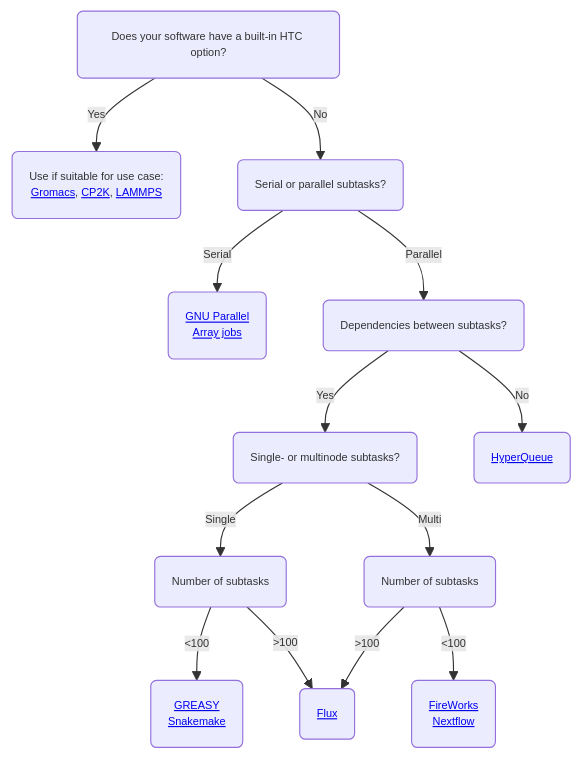
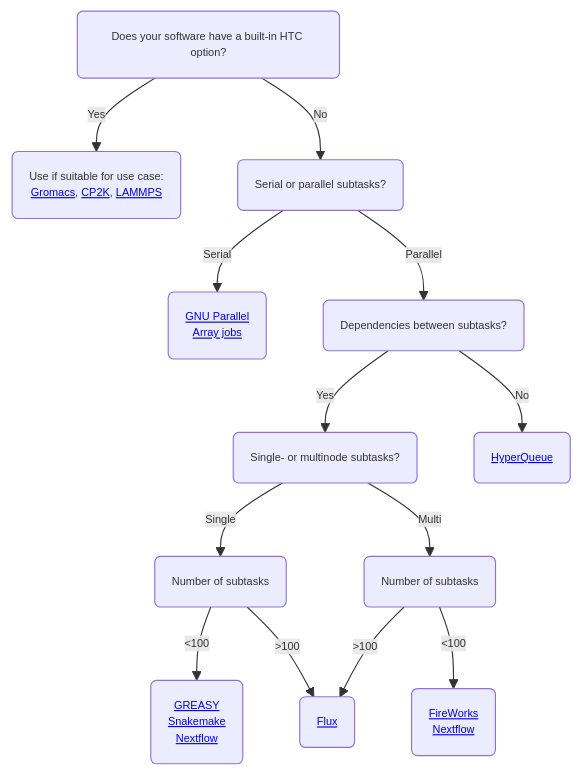
One commit to CSCfi/csc-user-guide changed the first of 2 diagrams in docs/computing/running/throughput.md. Above: the diagram before and after it, drawn with Mermaid.

Commit message:
add nextflow to singlenode too

````diff
--- a/docs/computing/running/throughput.md
+++ b/docs/computing/running/throughput.md
@@ -22,16 +22,16 @@
 ```mermaid
 %%{init: {'theme': 'default', 'themeVariables': { 'fontSize': '0.6rem', 'fontFamily': 'Raleway'}}}%%
 graph TD
     C(Does your software have a built-in HTC option?) -->|Yes| D("Use if suitable for use case:<br><a href='/apps/gromacs/#high-throughput-computing-with-gromacs'>Gromacs</a>, <a href='/apps/cp2k/#high-throughput-computing-with-gromacs'>CP2K</a>, <a href='/apps/lammps/#high-throughput-computing-with-gromacs'>LAMMPS</a>")
     C -->|No| E(Serial or parallel subtasks?)
     E -->|Serial| F(<a href='/support/tutorials/many/'>GNU Parallel</a><br><a href='/computing/running/array-jobs/'>Array jobs</a>)
     E -->|Parallel| G(Dependencies between subtasks?)
     G -->|Yes| H(Single- or multinode subtasks?)
     G -->|No| I(<a href='https://it4innovations.github.io/hyperqueue/stable/'>HyperQueue</a>)
     H -->|Single| J(Number of subtasks)
     H -->|Multi| K(Number of subtasks)
-    J -->|<100| M(<a href='/computing/running/greasy/'>GREASY</a><br><a href='https://snakemake.readthedocs.io/en/stable/'>Snakemake</a>)
+    J -->|<100| M(<a href='/computing/running/greasy/'>GREASY</a><br><a href='https://snakemake.readthedocs.io/en/stable/'>Snakemake</a><br><a href='/support/tutorials/nextflow-puhti/'>Nextflow</a>)
     K -->|<100| O(<a href='/computing/running/fireworks/'>FireWorks</a><br><a href='/support/tutorials/nextflow-puhti/'>Nextflow</a>)
     J -->|>100| L(<a href='http://flux-framework.org/'>Flux</a>)
     K -->|>100| L
 ```
````
